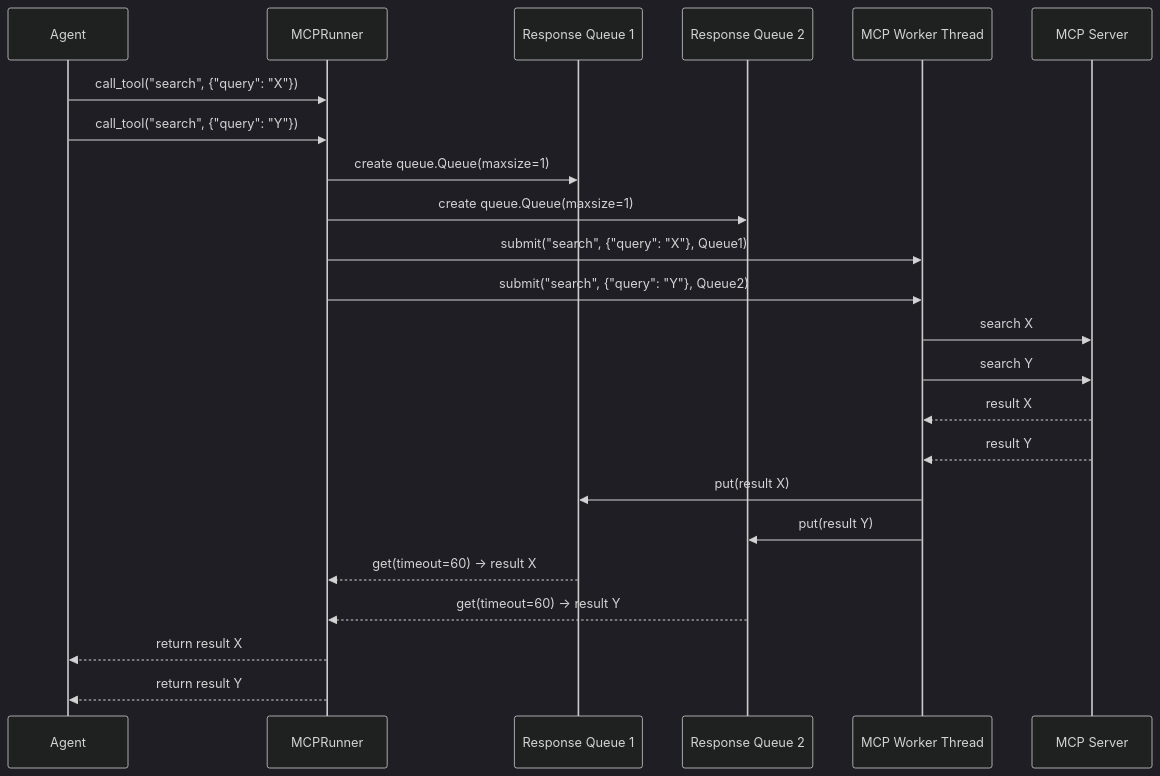
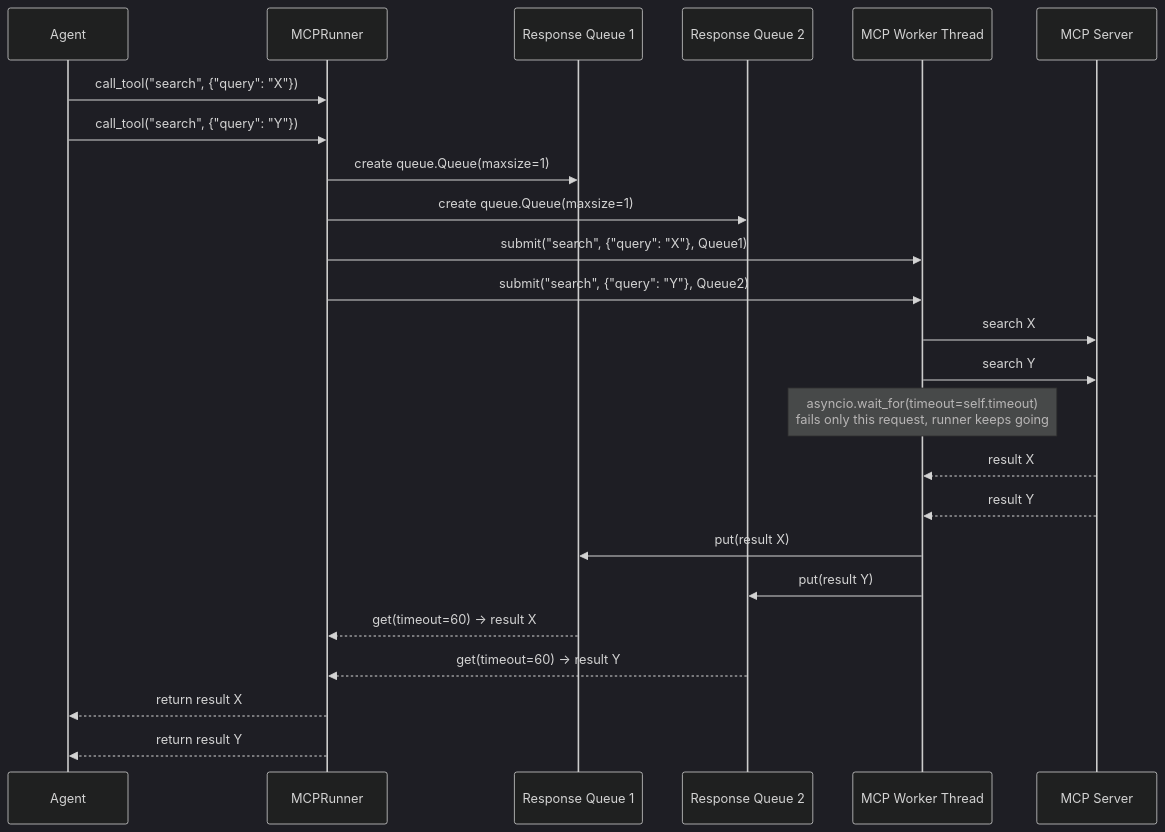
One commit to MervinPraison/PraisonAIDocs changed the second of 2 diagrams in docs/mcp/transports.mdx. Above: the diagram before and after it, drawn with Mermaid (dark theme). The commit also changed other lines of this file and 3 other files, not shown here.

````diff
--- a/docs/mcp/transports.mdx
+++ b/docs/mcp/transports.mdx
@@ -237,33 +244,34 @@
 ```mermaid
 sequenceDiagram
     participant Agent
     participant MCPRunner
     participant Queue1 as Response Queue 1
     participant Queue2 as Response Queue 2
     participant MCPWorker as MCP Worker Thread
     participant MCPServer as MCP Server
     
     Agent->>MCPRunner: call_tool("search", {"query": "X"})
     Agent->>MCPRunner: call_tool("search", {"query": "Y"})
     
     MCPRunner->>Queue1: create queue.Queue(maxsize=1)
     MCPRunner->>Queue2: create queue.Queue(maxsize=1)
     
     MCPRunner->>MCPWorker: submit("search", {"query": "X"}, Queue1)
     MCPRunner->>MCPWorker: submit("search", {"query": "Y"}, Queue2)
     
     MCPWorker->>MCPServer: search X
     MCPWorker->>MCPServer: search Y
+    Note over MCPWorker: asyncio.wait_for(timeout=self.timeout)<br/>fails only this request, runner keeps going
     
     MCPServer-->>MCPWorker: result X
     MCPServer-->>MCPWorker: result Y
     
     MCPWorker->>Queue1: put(result X)
     MCPWorker->>Queue2: put(result Y)
     
     Queue1-->>MCPRunner: get(timeout=60) → result X
     Queue2-->>MCPRunner: get(timeout=60) → result Y
     
     MCPRunner-->>Agent: return result X
     MCPRunner-->>Agent: return result Y
 ```
````
